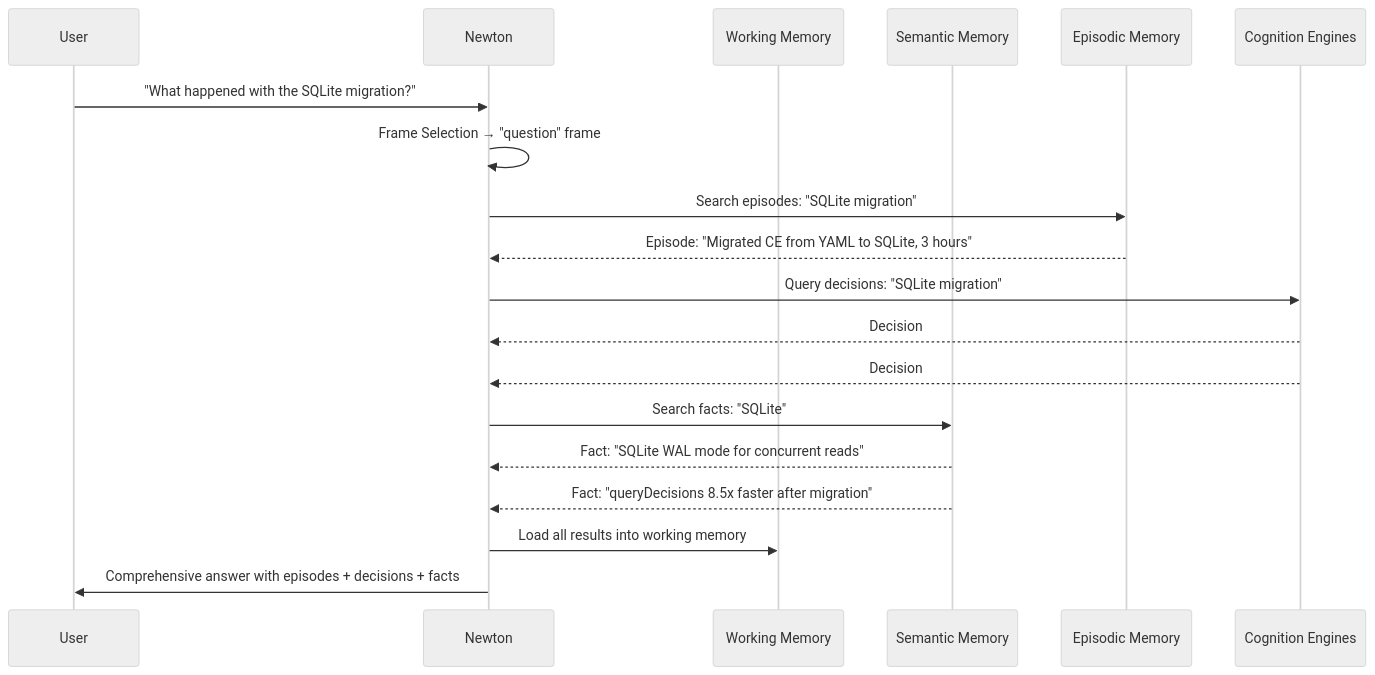
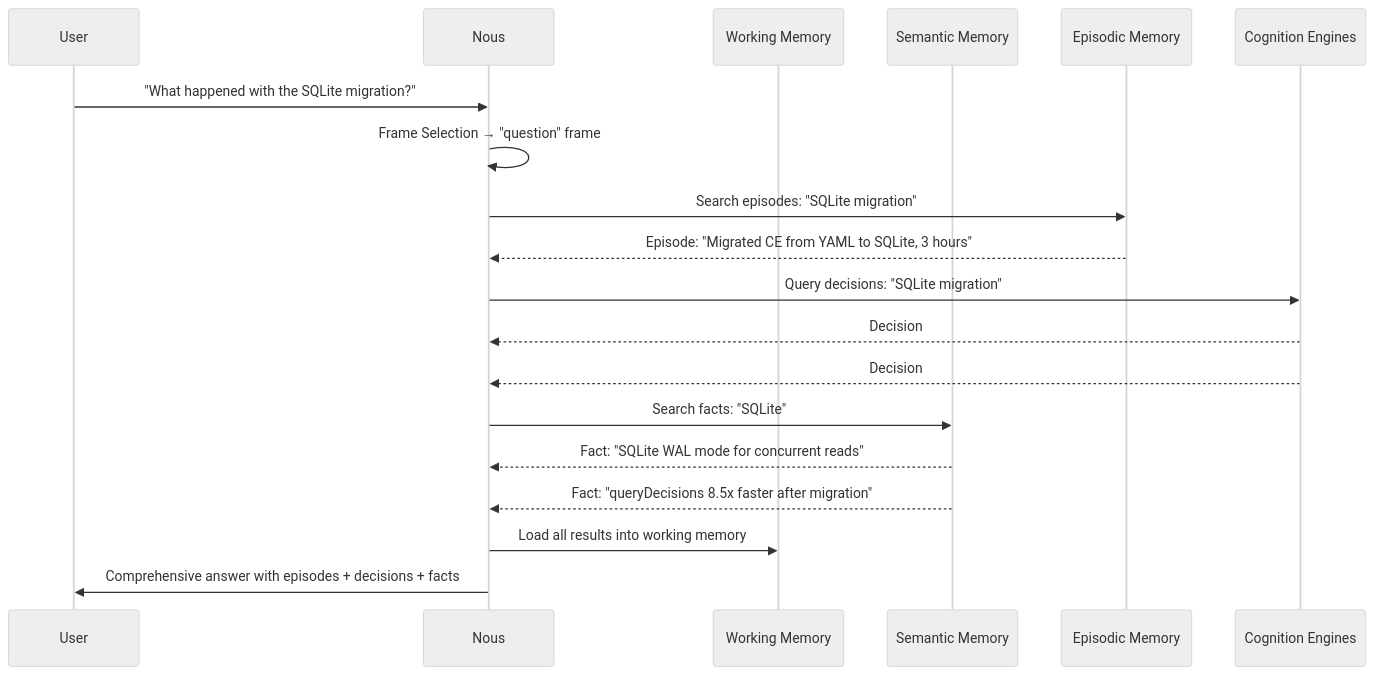
The second of 4 diagrams in docs/research/007-memory-integration.md (tfatykhov/newton), drawn with Mermaid (neutral theme) before and after one commit. The commit also changed other lines of this file and 19 other files, not shown here.

First line of the commit message:
rename: Newton → Nous

````diff
--- a/docs/research/007-memory-integration.md
+++ b/docs/research/007-memory-integration.md
@@ -292,28 +292,28 @@
 ```mermaid
 sequenceDiagram
     participant User
-    participant Newton
+    participant Nous
     participant WM as Working Memory
     participant SM as Semantic Memory
     participant EM as Episodic Memory
     participant CE as Cognition Engines
 
-    User->>Newton: "What happened with the SQLite migration?"
+    User->>Nous: "What happened with the SQLite migration?"
     
-    Newton->>Newton: Frame Selection → "question" frame
+    Nous->>Nous: Frame Selection → "question" frame
     
-    Newton->>EM: Search episodes: "SQLite migration"
-    EM-->>Newton: Episode: "Migrated CE from YAML to SQLite, 3 hours"
+    Nous->>EM: Search episodes: "SQLite migration"
+    EM-->>Nous: Episode: "Migrated CE from YAML to SQLite, 3 hours"
     
-    Newton->>CE: Query decisions: "SQLite migration"
-    CE-->>Newton: Decision #162: "Use SQLite for CE storage" (success)
-    CE-->>Newton: Decision #165: "Migration script with upserts" (success)
+    Nous->>CE: Query decisions: "SQLite migration"
+    CE-->>Nous: Decision #162: "Use SQLite for CE storage" (success)
+    CE-->>Nous: Decision #165: "Migration script with upserts" (success)
     
-    Newton->>SM: Search facts: "SQLite"
-    SM-->>Newton: Fact: "SQLite WAL mode for concurrent reads"
-    SM-->>Newton: Fact: "queryDecisions 8.5x faster after migration"
+    Nous->>SM: Search facts: "SQLite"
+    SM-->>Nous: Fact: "SQLite WAL mode for concurrent reads"
+    SM-->>Nous: Fact: "queryDecisions 8.5x faster after migration"
     
-    Newton->>WM: Load all results into working memory
+    Nous->>WM: Load all results into working memory
     
-    Newton->>User: Comprehensive answer with episodes + decisions + facts
+    Nous->>User: Comprehensive answer with episodes + decisions + facts
 ```
````
